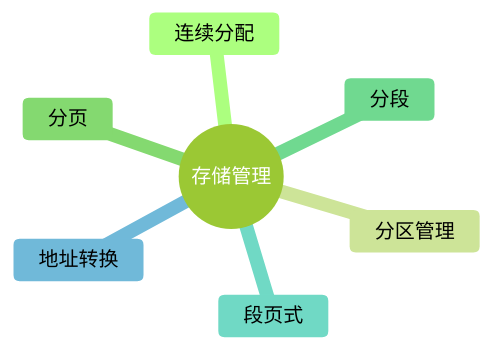
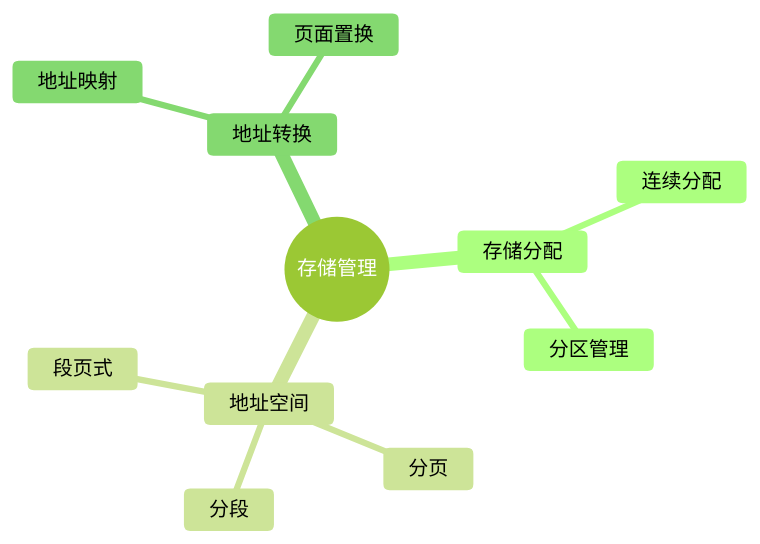
One commit to skylonely/sgao-website changed the first of 2 diagrams in docs/ruankao/system-architect/chapters/chapter-02/08-memory-management.md. Above: the diagram before and after it, drawn with Mermaid (forest theme). The commit also changed other lines of this file and 39 other files, not shown here.

Commit message:
fix: Mermaid 思维导图

````diff
--- a/docs/ruankao/system-architect/chapters/chapter-02/08-memory-management.md
+++ b/docs/ruankao/system-architect/chapters/chapter-02/08-memory-management.md
@@ -33,10 +33,14 @@
 ```mermaid
 mindmap
   root((存储管理))
-    连续分配
-    分区管理
-    分页
-    分段
-    段页式
+    存储分配
+      连续分配
+      分区管理
+    地址空间
+      分页
+      分段
+      段页式
     地址转换
+      地址映射
+      页面置换
 ```
````
